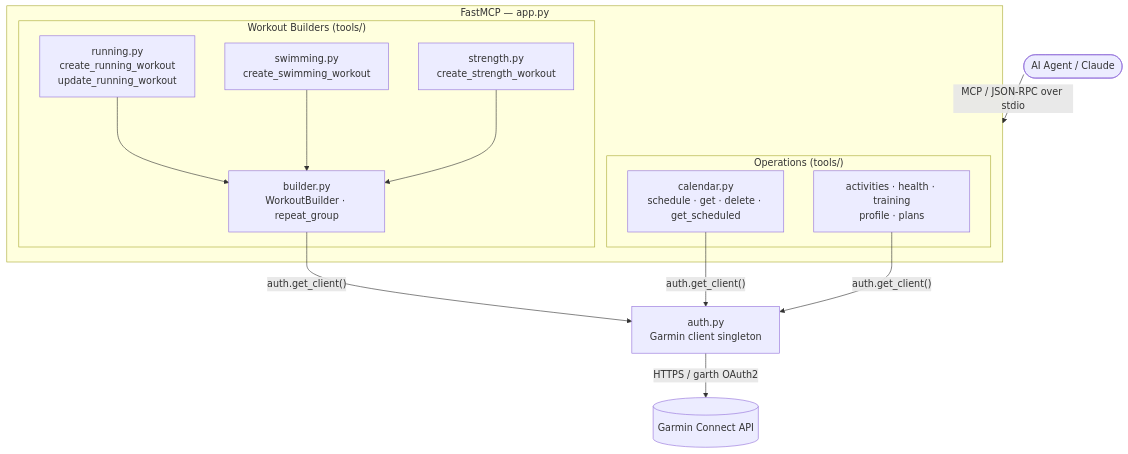
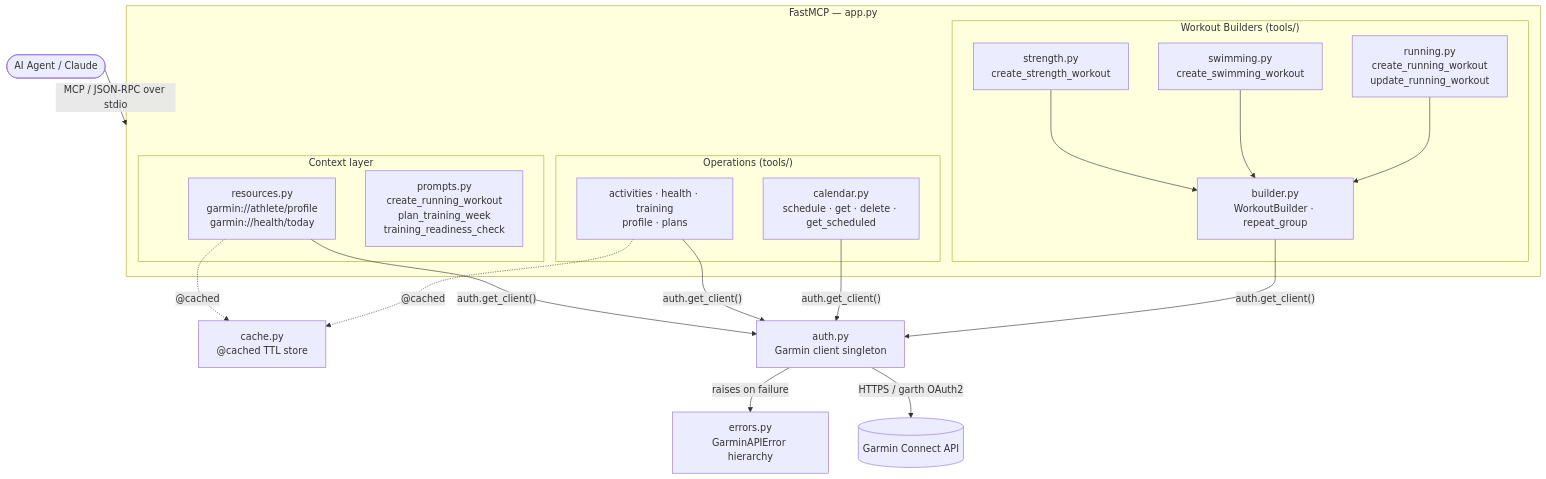
Before and after one commit to marcelohensantos/garmin-mcp: the first of 5 diagrams in ARCHITECTURE.md, drawn with Mermaid. The commit also changed other lines of this file and 1 other file, not shown here.

Commit message:
docs: update README and ARCHITECTURE for cache, errors, resources, prompts and CI

````diff
--- a/ARCHITECTURE.md
+++ b/ARCHITECTURE.md
@@ -11,32 +13,45 @@
 ```mermaid
 flowchart TD
     Agent(["AI Agent / Claude"])
 
     subgraph mcp["FastMCP — app.py"]
+        subgraph context["Context layer"]
+            resources["resources.py\ngarmin://athlete/profile\ngarmin://health/today"]
+            prompts["prompts.py\ncreate_running_workout\nplan_training_week\ntraining_readiness_check"]
+        end
+
         subgraph builders["Workout Builders  (tools/)"]
             running["running.py\ncreate_running_workout\nupdate_running_workout"]
             swimming["swimming.py\ncreate_swimming_workout"]
             strength["strength.py\ncreate_strength_workout"]
             builder["builder.py\nWorkoutBuilder · repeat_group"]
         end
 
         subgraph ops["Operations  (tools/)"]
             calendar["calendar.py\nschedule · get · delete · get_scheduled"]
             data["activities · health · training\nprofile · plans"]
         end
     end
 
+    cache["cache.py\n@cached TTL store"]
+    errors["errors.py\nGarminAPIError hierarchy"]
     auth["auth.py\nGarmin client singleton"]
     garmin[("Garmin Connect API")]
 
     Agent -->|"MCP / JSON-RPC over stdio"| mcp
 
     running --> builder
     swimming --> builder
     strength --> builder
     builder -->|"auth.get_client()"| auth
     calendar -->|"auth.get_client()"| auth
     data -->|"auth.get_client()"| auth
+    resources -->|"auth.get_client()"| auth
+
+    data -.->|"@cached"| cache
+    resources -.->|"@cached"| cache
+
+    auth -->|"raises on failure"| errors
 
     auth -->|"HTTPS / garth OAuth2"| garmin
 ```
````
